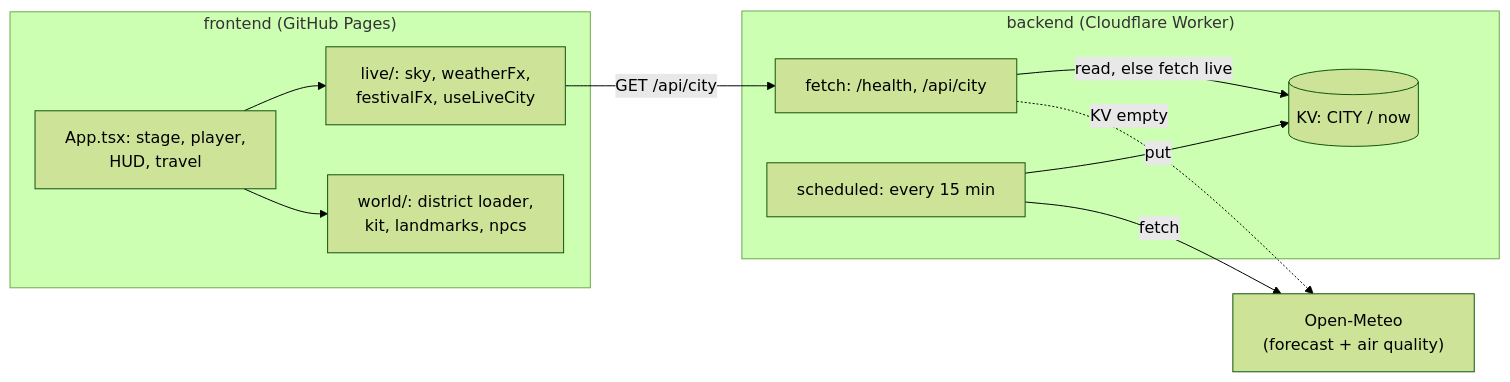
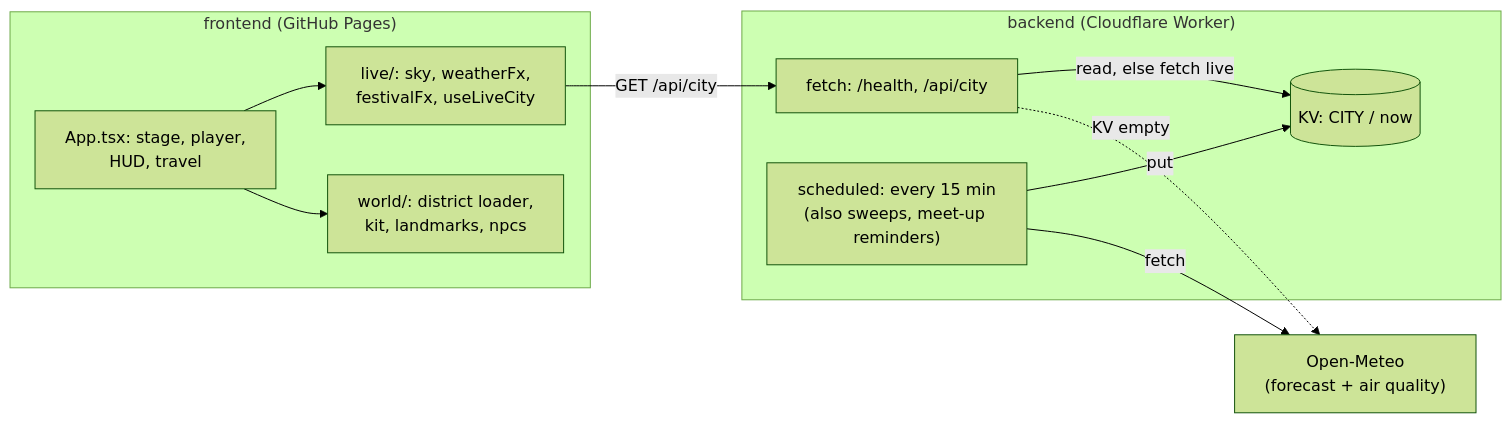
The first of 5 diagrams in docs/architecture.md (manishbisht/gulabi-gali), drawn with Mermaid (forest theme) before and after one commit. The commit also changed other lines of this file and 19 other files, not shown here.

````diff
--- a/docs/architecture.md
+++ b/docs/architecture.md
@@ -24,21 +24,21 @@
 ```mermaid
 flowchart LR
   subgraph Browser["frontend (GitHub Pages)"]
     App["App.tsx: stage, player,<br/>HUD, travel"]
     Live["live/: sky, weatherFx,<br/>festivalFx, useLiveCity"]
     World["world/: district loader,<br/>kit, landmarks, npcs"]
   end
   subgraph Worker["backend (Cloudflare Worker)"]
     Fetch["fetch: /health, /api/city"]
-    Cron["scheduled: every 15 min"]
+    Cron["scheduled: every 15 min<br/>(also sweeps, meet-up reminders)"]
     KV[("KV: CITY / now")]
   end
   OM["Open-Meteo<br/>(forecast + air quality)"]
   App --> Live
   App --> World
   Live -->|"GET /api/city"| Fetch
   Fetch -->|"read, else fetch live"| KV
   Cron -->|"put"| KV
   Cron -->|"fetch"| OM
   Fetch -.->|"KV empty"| OM
 ```
````
